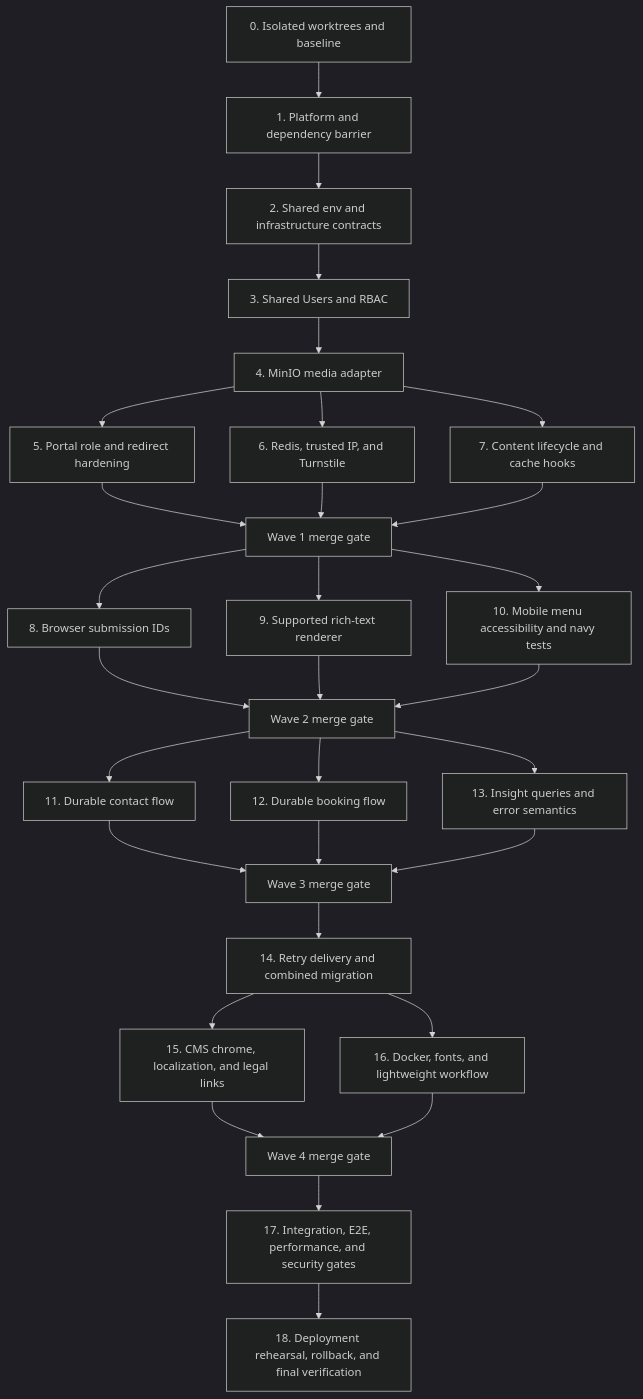
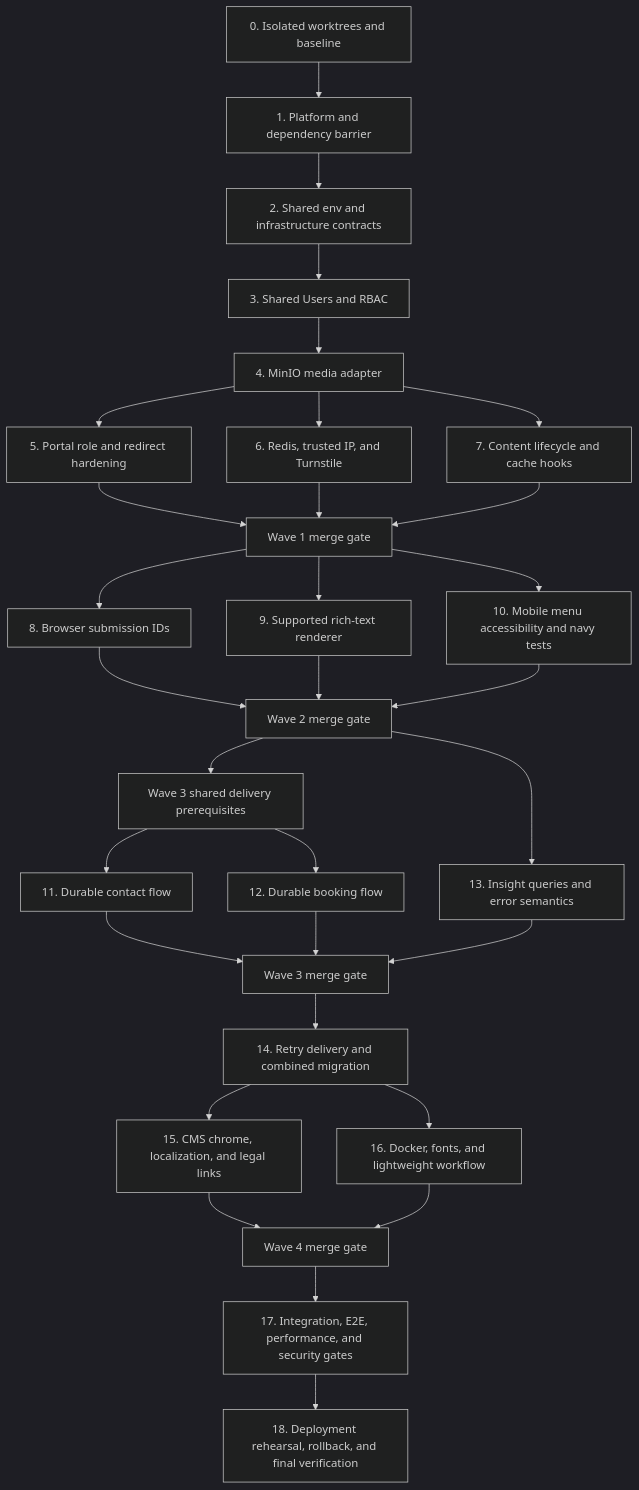
Before and after one commit to haniffaiq/jakartabc.com: the diagram in docs/superpowers/plans/2026-08-09-stabilization-and-security-hardening.md, drawn with Mermaid (dark theme). The commit also changed other lines of this file and 1 other file, not shown here.

Commit message:
docs: synchronize Wave 3 delivery handoff

````diff
--- a/docs/superpowers/plans/2026-08-09-stabilization-and-security-hardening.md
+++ b/docs/superpowers/plans/2026-08-09-stabilization-and-security-hardening.md
@@ -27,44 +46,45 @@
 ```mermaid
 flowchart TD
   T0[0. Isolated worktrees and baseline]
   T1[1. Platform and dependency barrier]
   T2[2. Shared env and infrastructure contracts]
   T3[3. Shared Users and RBAC]
   T4[4. MinIO media adapter]
 
   T0 --> T1 --> T2 --> T3 --> T4
 
   T4 --> T5[5. Portal role and redirect hardening]
   T4 --> T6[6. Redis, trusted IP, and Turnstile]
   T4 --> T7[7. Content lifecycle and cache hooks]
 
   T5 --> W1[Wave 1 merge gate]
   T6 --> W1
   T7 --> W1
 
   W1 --> T8[8. Browser submission IDs]
   W1 --> T9[9. Supported rich-text renderer]
   W1 --> T10[10. Mobile menu accessibility and navy tests]
 
   T8 --> W2[Wave 2 merge gate]
   T9 --> W2
   T10 --> W2
 
-  W2 --> T11[11. Durable contact flow]
-  W2 --> T12[12. Durable booking flow]
+  W2 --> S3[Wave 3 shared delivery prerequisites]
+  S3 --> T11[11. Durable contact flow]
+  S3 --> T12[12. Durable booking flow]
   W2 --> T13[13. Insight queries and error semantics]
 
   T11 --> W3[Wave 3 merge gate]
   T12 --> W3
   T13 --> W3
 
   W3 --> T14[14. Retry delivery and combined migration]
   T14 --> T15[15. CMS chrome, localization, and legal links]
   T14 --> T16[16. Docker, fonts, and lightweight workflow]
 
   T15 --> W4[Wave 4 merge gate]
   T16 --> W4
 
   W4 --> T17[17. Integration, E2E, performance, and security gates]
   T17 --> T18[18. Deployment rehearsal, rollback, and final verification]
 ```
````
